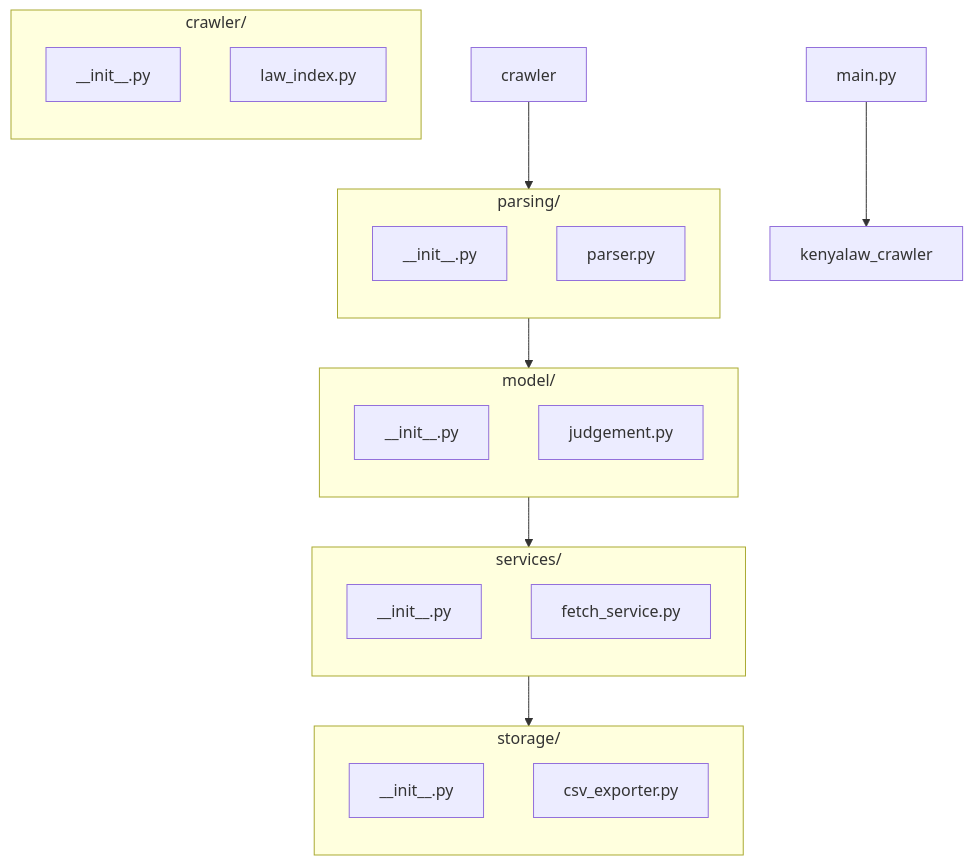
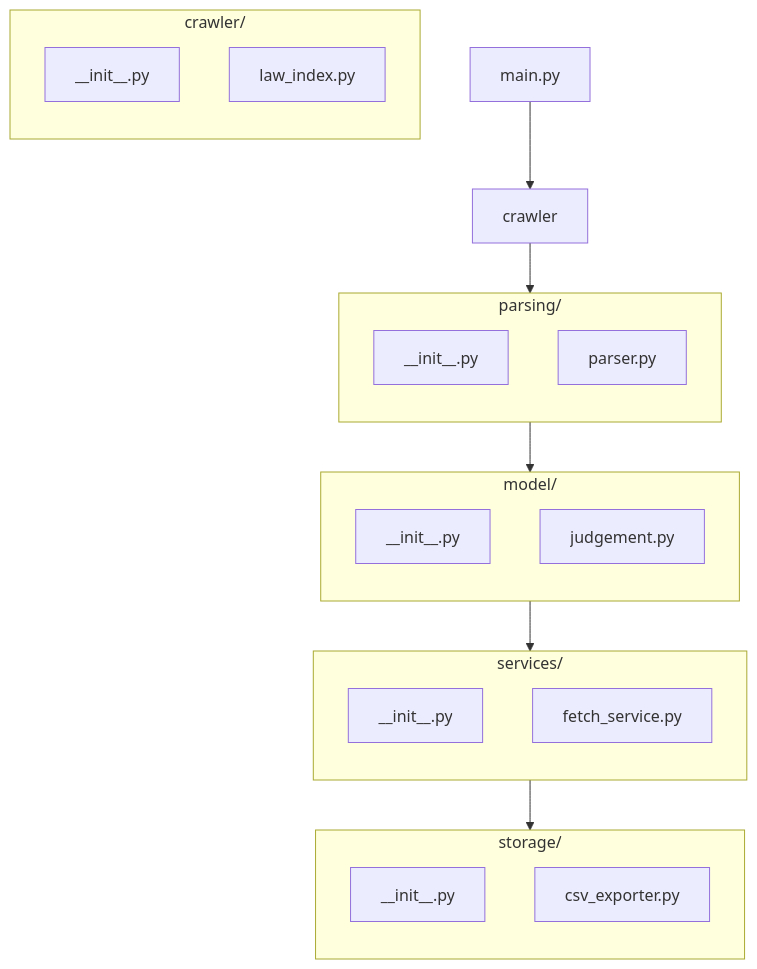
The diagram in README.md (royonzioki/engineering-challenge), drawn with Mermaid before and after one commit.

Commit message:
updated flowchart

````diff
--- a/README.md
+++ b/README.md
@@ -68,47 +68,47 @@
 ```mermaid
 flowchart TD
     %% Main entry point
     main[main.py]
 
     %% Index Crawler
     subgraph crawler_folder[crawler/]
         direction TB
         crawler_init[__init__.py]
         law_index[law_index.py]
     end
 
     %% Parser
     subgraph parser_folder[parsing/]
         direction TB
         parsing_init[__init__.py]
         parser[parser.py]
     end
 
     %% Model
     subgraph models_folder[model/]
         direction TB
         model_init[__init__.py]
         judgement[judgement.py]
     end
 
     %% Services
     subgraph services_folder[services/]
         direction TB
         services_init[__init__.py]
         fetch_service[fetch_service.py]
     end
 
     %% Exporter
     subgraph exporters_folder[storage/]
         direction TB
         storage_init[__init__.py]
         csv_exporter[csv_exporter.py]
     end
 
     %% Data flow arrows
-    main --> kenyalaw_crawler
+    main --> crawler
     crawler --> parser
     parser --> judgement
     judgement --> fetch_service
     fetch_service --> csv_exporter
    ```
````
